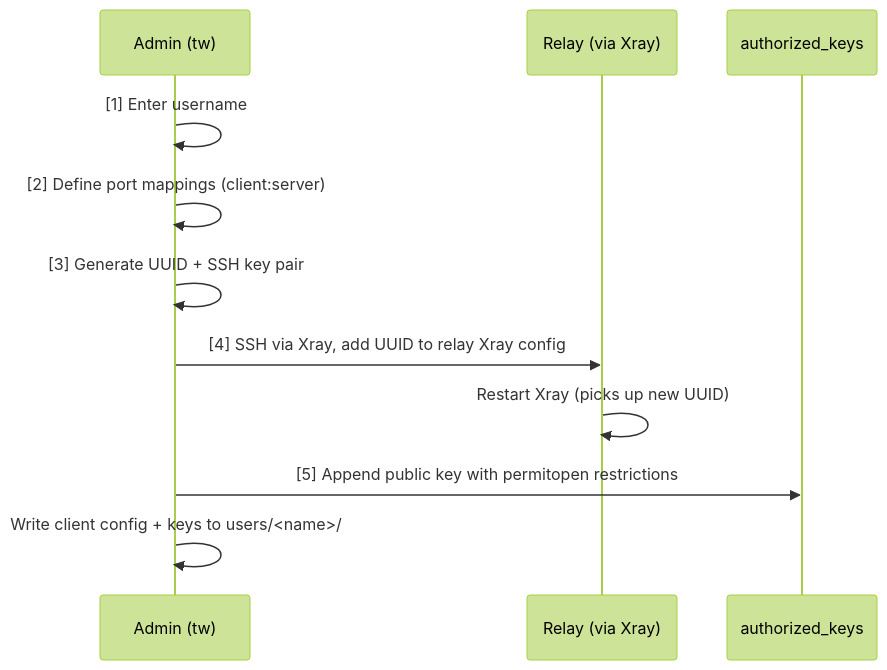
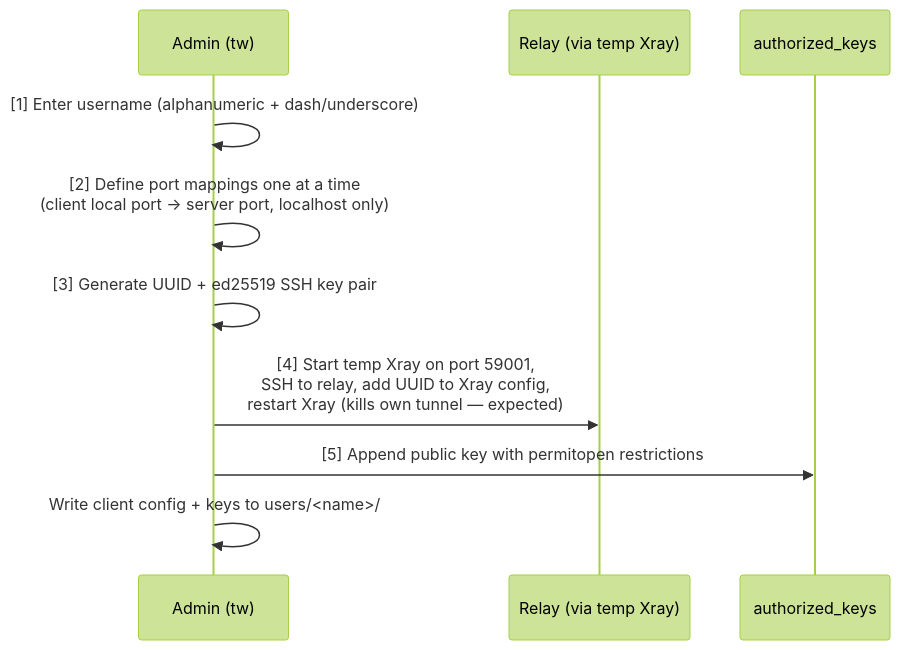
Before and after one commit to alicommit-malp/Tunnel-Whisperer: the third of 5 diagrams in docs/architecture/tw-arch-arc42.md, drawn with Mermaid (forest theme). The commit also changed other lines of this file, not shown here.

````diff
--- a/docs/architecture/tw-arch-arc42.md
+++ b/docs/architecture/tw-arch-arc42.md
@@ -199,14 +224,13 @@
 ```mermaid
 sequenceDiagram
     participant Admin as Admin (tw)
-    participant R as Relay (via Xray)
+    participant R as Relay (via temp Xray)
     participant AK as authorized_keys
 
-    Admin ->> Admin: [1] Enter username
-    Admin ->> Admin: [2] Define port mappings (client:server)
-    Admin ->> Admin: [3] Generate UUID + SSH key pair
-    Admin ->> R: [4] SSH via Xray, add UUID to relay Xray config
-    R ->> R: Restart Xray (picks up new UUID)
+    Admin ->> Admin: [1] Enter username (alphanumeric + dash/underscore)
+    Admin ->> Admin: [2] Define port mappings one at a time<br/>(client local port → server port, localhost only)
+    Admin ->> Admin: [3] Generate UUID + ed25519 SSH key pair
+    Admin ->> R: [4] Start temp Xray on port 59001,<br/>SSH to relay, add UUID to Xray config,<br/>restart Xray (kills own tunnel — expected)
     Admin ->> AK: [5] Append public key with permitopen restrictions
     Admin ->> Admin: Write client config + keys to users/<name>/
 ```
````
